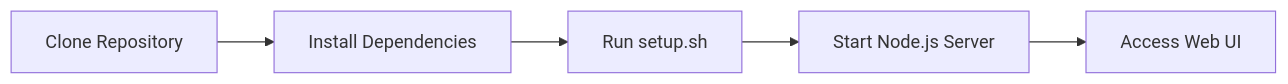
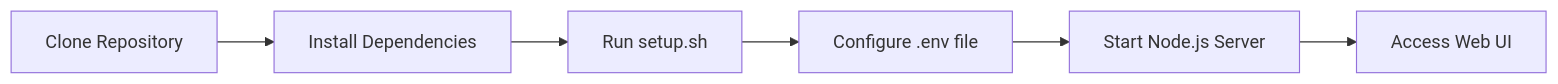
The third of 6 diagrams in docs/DOCUMENTATION.md (jaskaran-online/USA-VISA-Bot), drawn with Mermaid before and after one commit. The commit also changed other lines of this file and 1 other file, not shown here.

````diff
--- a/docs/DOCUMENTATION.md
+++ b/docs/DOCUMENTATION.md
@@ -135,7 +157,8 @@
 ```mermaid
 flowchart LR
     A[Clone Repository] --> B[Install Dependencies]
     B --> C[Run setup.sh]
-    C --> D[Start Node.js Server]
-    D --> E[Access Web UI]
+    C --> D[Configure .env file]
+    D --> E[Start Node.js Server]
+    E --> F[Access Web UI]
 ```
````
